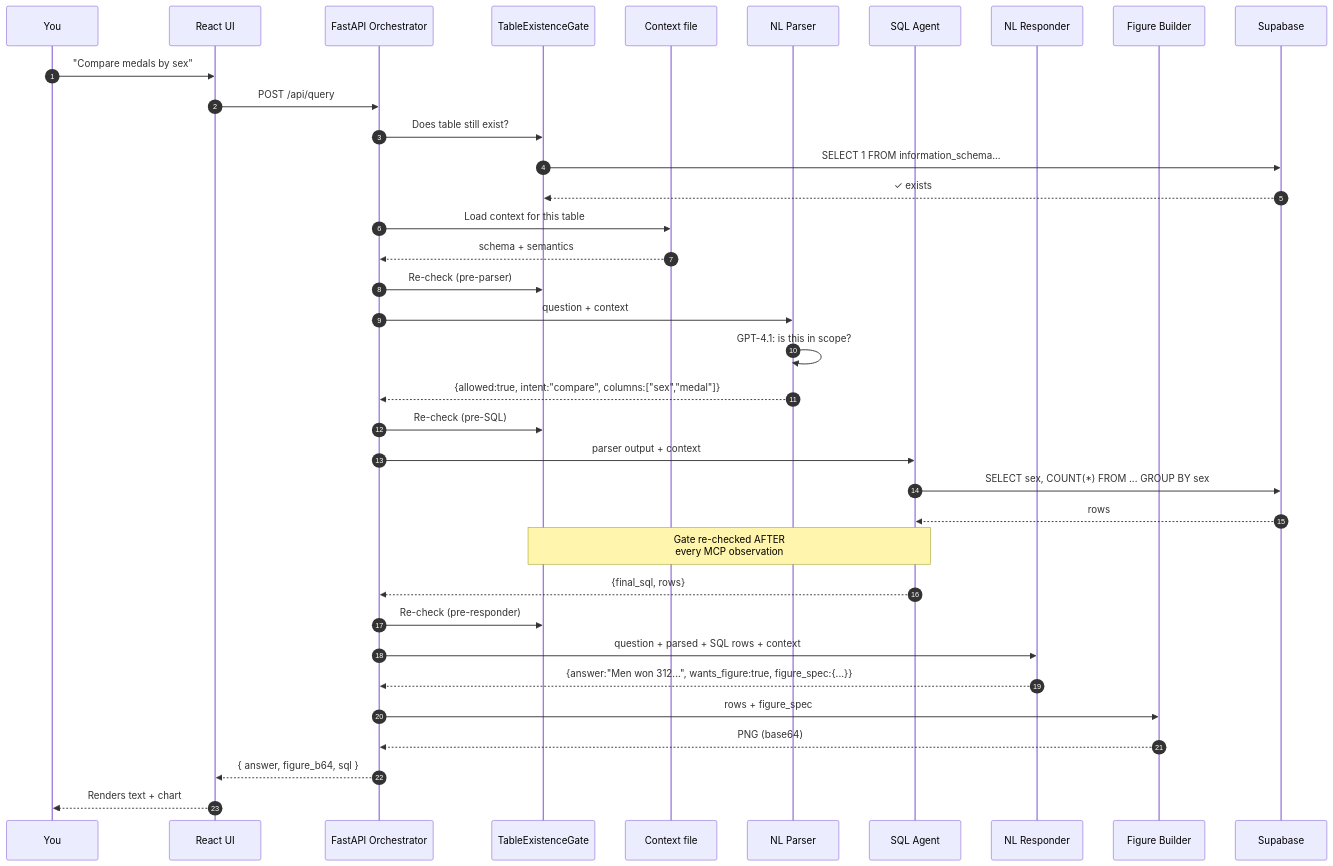
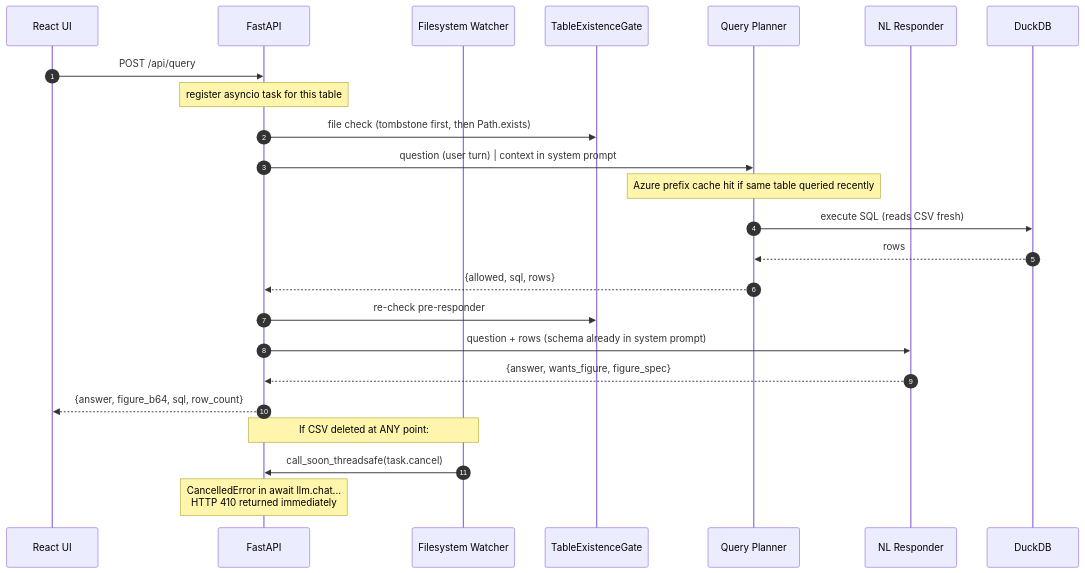
One commit to devangsharma-igna/csv-agent changed the fourth of 5 diagrams in README.md. Above: the diagram before and after it, drawn with Mermaid. The commit also changed other lines of this file and 19 other files, not shown here.

````diff
--- a/README.md
+++ b/README.md
@@ -177,39 +139,28 @@
 ```mermaid
 sequenceDiagram
     autonumber
-    participant U as You
     participant FE as React UI
-    participant BE as FastAPI Orchestrator
+    participant BE as FastAPI
+    participant W as Filesystem Watcher
     participant G as TableExistenceGate
-    participant Ctx as Context file
-    participant P as NL Parser
-    participant S as SQL Agent
+    participant QP as Query Planner
     participant R as NL Responder
-    participant F as Figure Builder
-    participant DB as Supabase
+    participant DDB as DuckDB
 
-    U->>FE: "Compare medals by sex"
     FE->>BE: POST /api/query
-    BE->>G: Does table still exist?
-    G->>DB: SELECT 1 FROM information_schema...
-    DB-->>G: ✓ exists
-    BE->>Ctx: Load context for this table
-    Ctx-->>BE: schema + semantics
-    BE->>G: Re-check (pre-parser)
-    BE->>P: question + context
-    P->>P: GPT-4.1: is this in scope?
-    P-->>BE: {allowed:true, intent:"compare", columns:["sex","medal"]}
-    BE->>G: Re-check (pre-SQL)
-    BE->>S: parser output + context
-    S->>DB: SELECT sex, COUNT(*) FROM ... GROUP BY sex
-    DB-->>S: rows
-    Note over S,G: Gate re-checked AFTER<br/>every MCP observation
-    S-->>BE: {final_sql, rows}
-    BE->>G: Re-check (pre-responder)
-    BE->>R: question + parsed + SQL rows + context
-    R-->>BE: {answer:"Men won 312...", wants_figure:true, figure_spec:{...}}
-    BE->>F: rows + figure_spec
-    F-->>BE: PNG (base64)
-    BE-->>FE: { answer, figure_b64, sql }
-    FE-->>U: Renders text + chart
+    Note over BE: register asyncio task for this table
+    BE->>G: file check (tombstone first, then Path.exists)
+    BE->>QP: question (user turn) | context in system prompt
+    Note over QP: Azure prefix cache hit if same table queried recently
+    QP->>DDB: execute SQL (reads CSV fresh)
+    DDB-->>QP: rows
+    QP-->>BE: {allowed, sql, rows}
+    BE->>G: re-check pre-responder
+    BE->>R: question + rows (schema already in system prompt)
+    R-->>BE: {answer, wants_figure, figure_spec}
+    BE-->>FE: {answer, figure_b64, sql, row_count}
+
+    Note over W,BE: If CSV deleted at ANY point:
+    W->>BE: call_soon_threadsafe(task.cancel)
+    Note over BE: CancelledError in await llm.chat...<br/>HTTP 410 returned immediately
 ```
````
